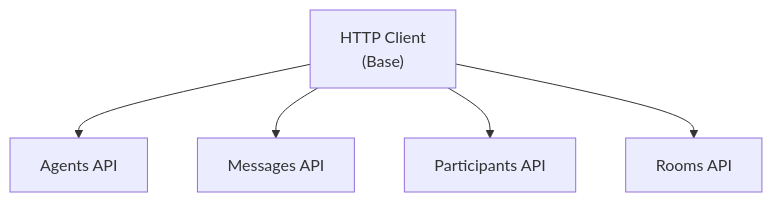
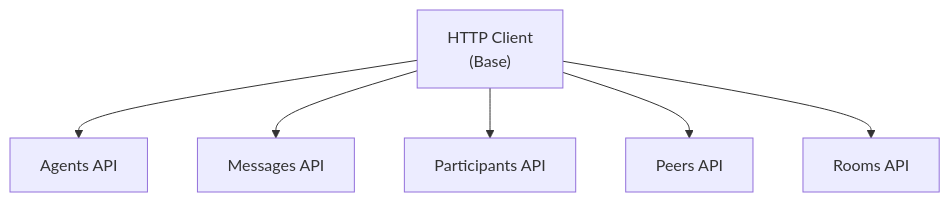
One commit to thenvoi/n8n-nodes-thenvoi changed the first of 4 diagrams in docs/architecture/api/api_client_guide.md. Above: the diagram before and after it, drawn with Mermaid. The commit also changed other lines of this file, not shown here.

Commit message:
docs: Update API client guide with Peers API and correct endpoints

````diff
--- a/docs/architecture/api/api_client_guide.md
+++ b/docs/architecture/api/api_client_guide.md
@@ -13,13 +13,15 @@
 ```mermaid
 graph TB
     HttpClient["HTTP Client<br/>(Base)"]
     Agents["Agents API"]
     Messages["Messages API"]
     Participants["Participants API"]
+    Peers["Peers API"]
     Rooms["Rooms API"]
     
     HttpClient --> Agents
     HttpClient --> Messages
     HttpClient --> Participants
+    HttpClient --> Peers
     HttpClient --> Rooms
 ```
````
